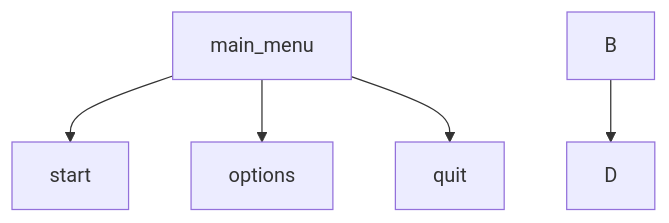
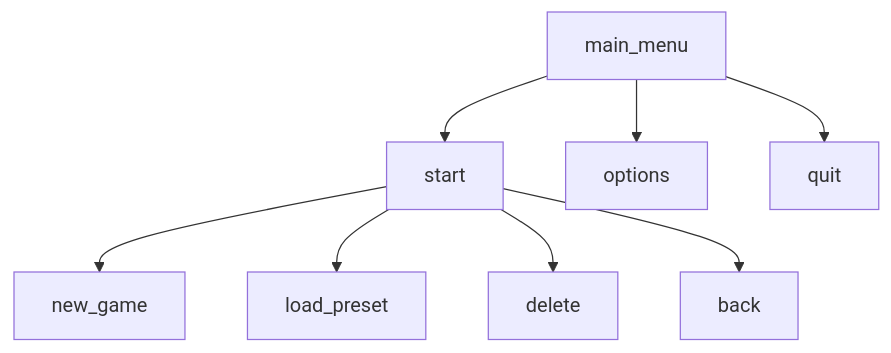
The diagram in README.md (Hohenzoler/optyka), drawn with Mermaid before and after one commit.

````diff
--- a/README.md
+++ b/README.md
@@ -63,7 +63,10 @@
 ```mermaid
 graph TD;
     main_menu-->start;
     main_menu-->options;
     main_menu-->quit;
-    B-->D;
+    start-->new_game;
+    start-->load_preset;
+    start-->delete;
+    start-->back;
 ```
````
